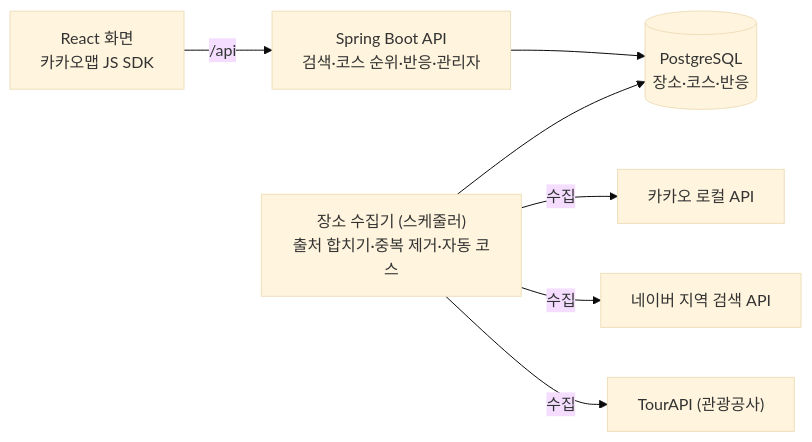
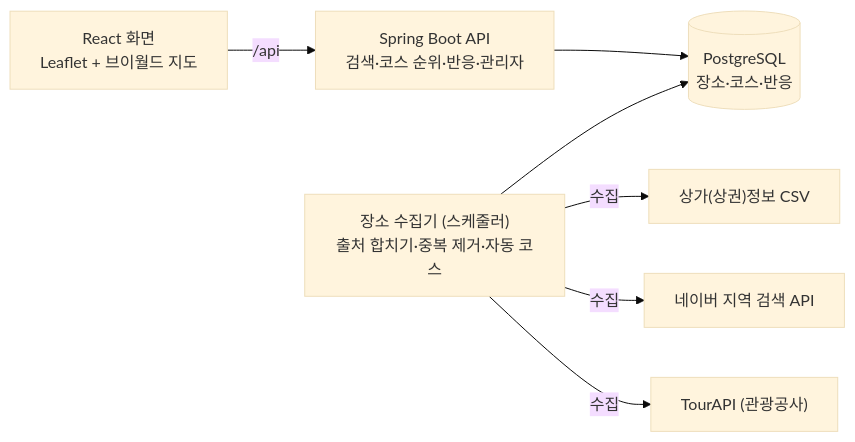
Before and after one commit to kimseongmin0301/date-course: the diagram in docs/기획안.md, drawn with Mermaid (base theme). The commit also changed other lines of this file and 4 other files, not shown here.

First line of the commit message:
카카오 API 빼기: 장소는 상가(상권)정보 CSV, 지도는 Leaflet + 브이월드

````diff
--- a/docs/기획안.md
+++ b/docs/기획안.md
@@ -128,9 +130,9 @@
 ```mermaid
 flowchart LR
-  React["React 화면<br/>카카오맵 JS SDK"] -- /api --> API["Spring Boot API<br/>검색·코스 순위·반응·관리자"]
+  React["React 화면<br/>Leaflet + 브이월드 지도"] -- /api --> API["Spring Boot API<br/>검색·코스 순위·반응·관리자"]
   API --> DB[(PostgreSQL<br/>장소·코스·반응)]
   Collector["장소 수집기 (스케줄러)<br/>출처 합치기·중복 제거·자동 코스"] --> DB
-  Collector -- 수집 --> Kakao[카카오 로컬 API]
+  Collector -- 수집 --> Sbiz["상가(상권)정보 CSV"]
   Collector -- 수집 --> Naver[네이버 지역 검색 API]
   Collector -- 수집 --> Tour["TourAPI (관광공사)"]
 ```
````
